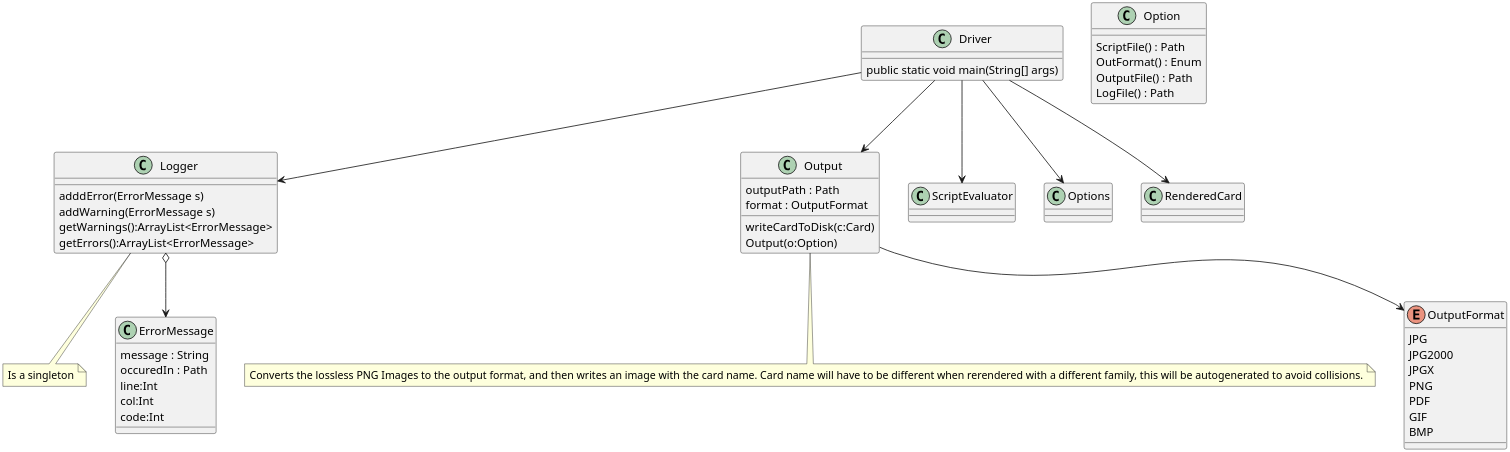
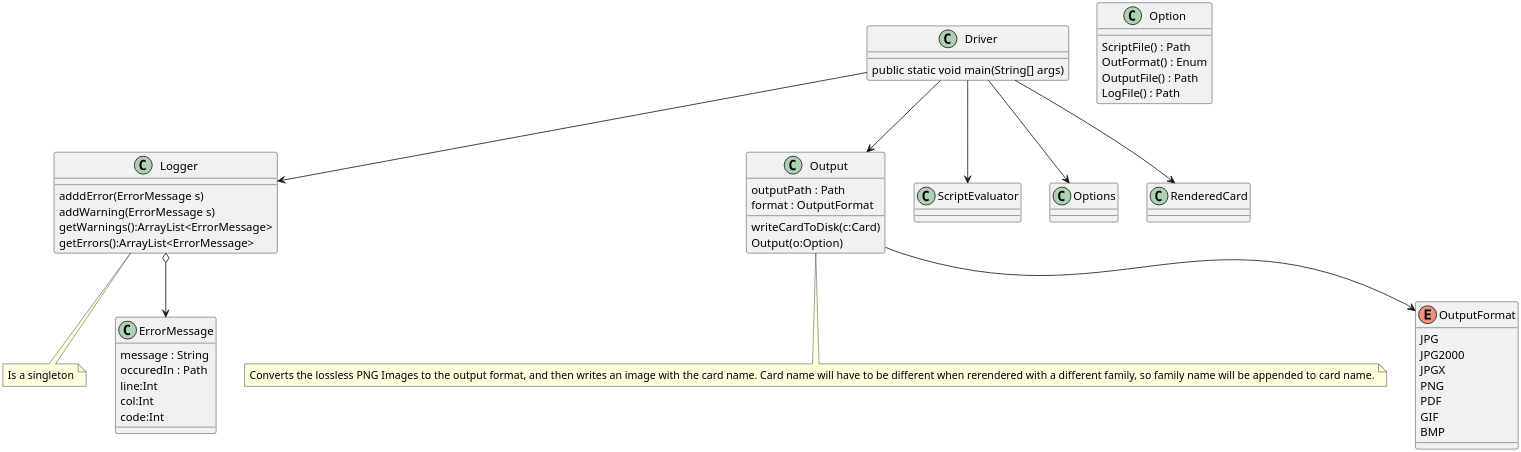
One commit to MatthewBregg/DesignPatternsRepo changed the diagram in Driver.org. Above: the diagram before and after it, drawn with PlantUML. The commit also changed other lines of this file and 9 other files, not shown here.

Commit message:
Family now has a name

```diff
--- a/Driver.org
+++ b/Driver.org
@@ -91,60 +91,60 @@
 #+BEGIN_SRC plantuml :file DriverUML.png
 skinparam dpi 300
 
 class Logger
 Logger : adddError(ErrorMessage s)
 Logger : addWarning(ErrorMessage s)
 Logger : getWarnings():ArrayList<ErrorMessage>
 Logger : getErrors():ArrayList<ErrorMessage>
 
 note bottom : Is a singleton
 
 
 class ErrorMessage
 ErrorMessage : message : String
 ErrorMessage : occuredIn : Path
 ErrorMessage : line:Int
 ErrorMessage : col:Int
 ErrorMessage : code:Int
 
 Logger o--> ErrorMessage 
 
 class Option
 Option : ScriptFile() : Path
 Option : OutFormat() : Enum
 Option : OutputFile() : Path
 Option : LogFile() : Path
 
 class Output
 Output : outputPath : Path
 Output : format : OutputFormat
 Output : writeCardToDisk(c:Card)
 Output : Output(o:Option)
-note bottom : Converts the lossless PNG Images to the output format, and then writes an image with the card name. Card name will have to be different when rerendered with a different family, this will be autogenerated to avoid collisions.
+note bottom : Converts the lossless PNG Images to the output format, and then writes an image with the card name. Card name will have to be different when rerendered with a different family, so family name will be appended to card name.
 
 
 enum OutputFormat {
   JPG
   JPG2000
   JPGX
   PNG
   PDF
   GIF
   BMP
 }
 
 class Driver
 Driver : public static void main(String[] args)
 
 Output --> OutputFormat
 
 Driver --> Output
 Driver --> ScriptEvaluator
 Driver --> Options
 Driver --> Logger
 Driver --> RenderedCard
   
 
 
 
 #+END_SRC
```
